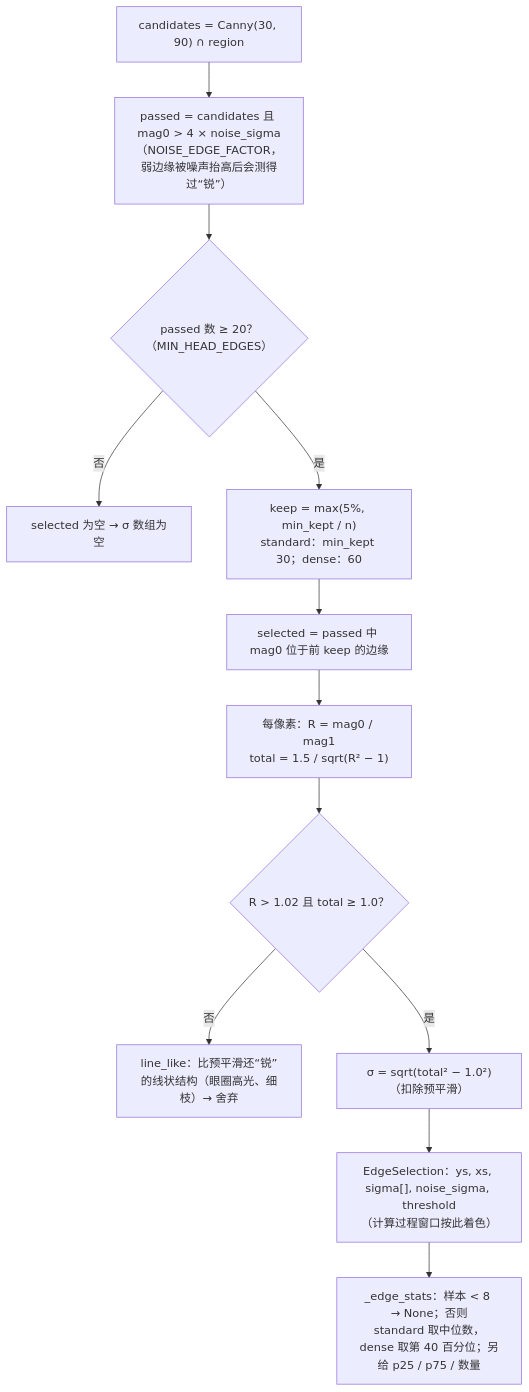
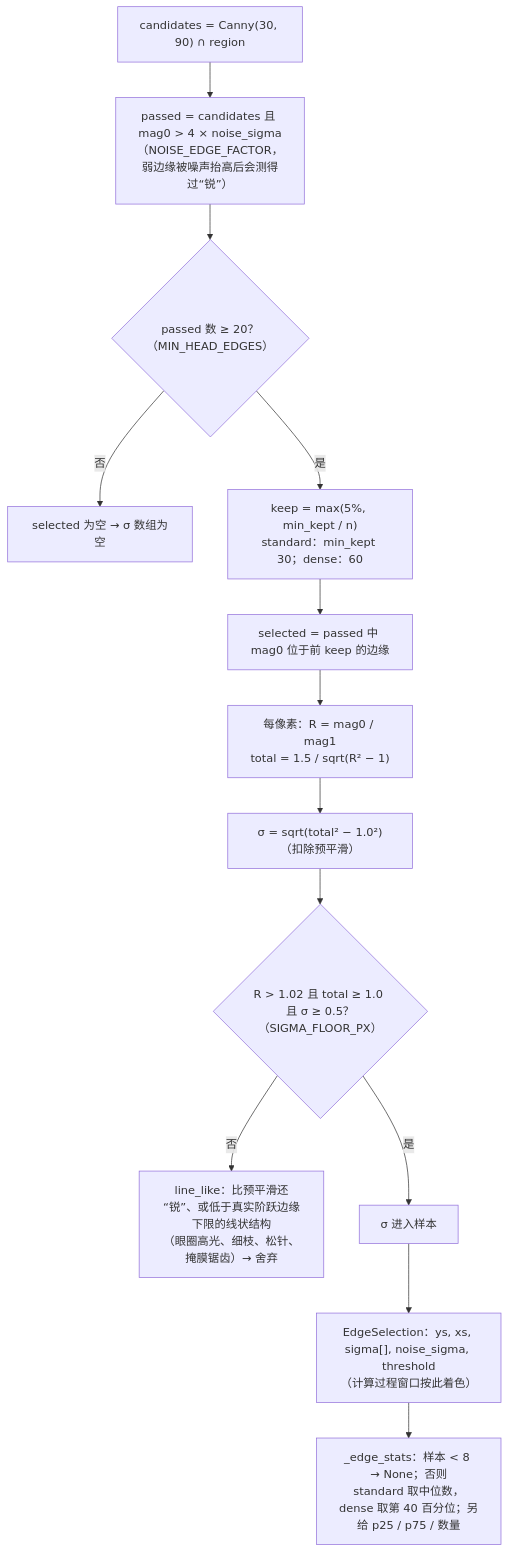
One commit to OscarKing888/SuperBirdTools changed diagram 14 of 17 in docs/bird_sharpness_flowchart.md. Above: the diagram before and after it, drawn with Mermaid. The commit also changed other lines of this file and 5 other files, not shown here.

First line of the commit message:
Reject edges below 0.5 px as line-like (sbt-blur-v15)

````diff
--- a/docs/bird_sharpness_flowchart.md
+++ b/docs/bird_sharpness_flowchart.md
@@ -376,14 +376,15 @@
 ```mermaid
 flowchart TD
     A["candidates = Canny(30, 90) ∩ region"] --> B["passed = candidates 且 mag0 > 4 × noise_sigma<br/>（NOISE_EDGE_FACTOR，弱边缘被噪声抬高后会测得过“锐”）"]
     B --> C{"passed 数 ≥ 20？（MIN_HEAD_EDGES）"}
     C -->|否| D["selected 为空 → σ 数组为空"]
     C -->|是| E["keep = max(5%, min_kept / n)<br/>standard：min_kept 30；dense：60"]
     E --> F["selected = passed 中 mag0 位于前 keep 的边缘"]
     F --> G["每像素：R = mag0 / mag1<br/>total = 1.5 / sqrt(R² − 1)"]
-    G --> H{"R > 1.02 且 total ≥ 1.0？"}
-    H -->|否| I["line_like：比预平滑还“锐”的线状结构（眼圈高光、细枝）→ 舍弃"]
-    H -->|是| J["σ = sqrt(total² − 1.0²)（扣除预平滑）"]
+    G --> G1["σ = sqrt(total² − 1.0²)（扣除预平滑）"]
+    G1 --> H{"R > 1.02 且 total ≥ 1.0 且 σ ≥ 0.5？（SIGMA_FLOOR_PX）"}
+    H -->|否| I["line_like：比预平滑还“锐”、或低于真实阶跃边缘下限的线状结构<br/>（眼圈高光、细枝、松针、掩膜锯齿）→ 舍弃"]
+    H -->|是| J["σ 进入样本"]
     J --> K["EdgeSelection：ys, xs, sigma[], noise_sigma, threshold<br/>（计算过程窗口按此着色）"]
     K --> L["_edge_stats：样本 < 8 → None；否则<br/>standard 取中位数，dense 取第 40 百分位；另给 p25 / p75 / 数量"]
 ```
````
